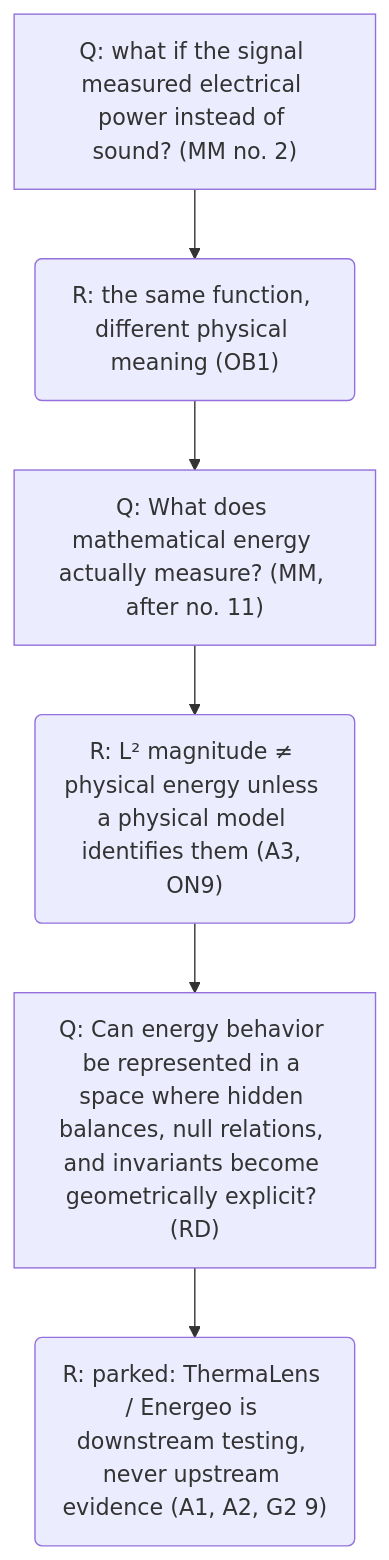
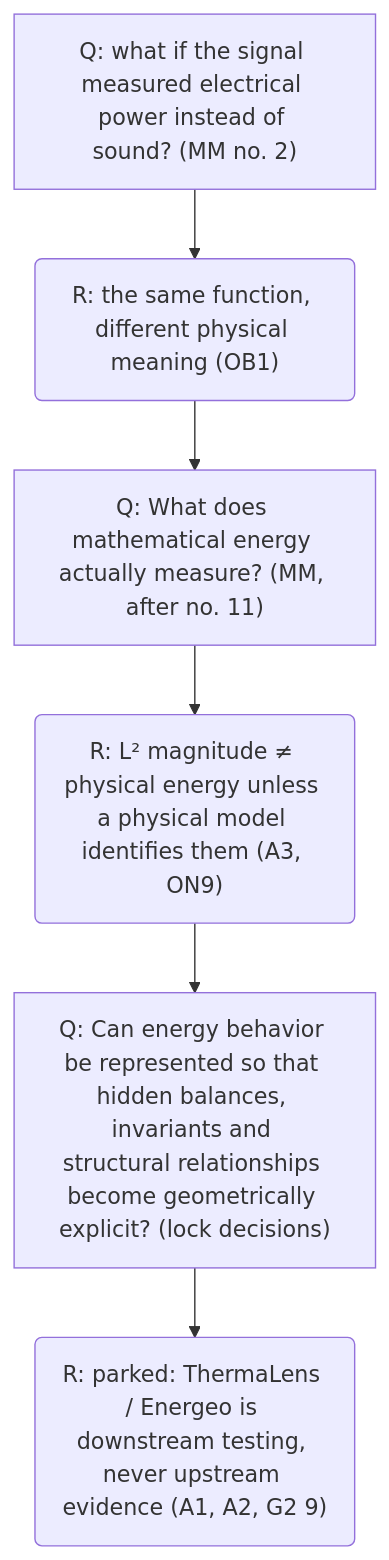
Before and after one commit to nadiapriyam/ENERGEO: the tenth of 11 diagrams in research/canonical_story.md, drawn with Mermaid. The commit also changed other lines of this file and 18 other files, not shown here.

````diff
--- a/research/canonical_story.md
+++ b/research/canonical_story.md
@@ -305,14 +374,14 @@
 ```mermaid
 flowchart TD
   E0["Q: what if the signal measured electrical power instead of sound? (MM no. 2)"]
   E1("R: the same function, different physical meaning (OB1)")
   E0 --> E1
   E2["Q: What does mathematical energy actually measure? (MM, after no. 11)"]
   E1 --> E2
   E3("R: L² magnitude ≠ physical energy unless a physical model identifies them (A3, ON9)")
   E2 --> E3
-  E4["Q: Can energy behavior be represented in a space where hidden balances, null relations, and invariants become geometrically explicit? (RD)"]
+  E4["Q: Can energy behavior be represented so that hidden balances, invariants and structural relationships become geometrically explicit? (lock decisions)"]
   E3 --> E4
   E5("R: parked: ThermaLens / Energeo is downstream testing, never upstream evidence (A1, A2, G2 9)")
   E4 --> E5
 ```
````
